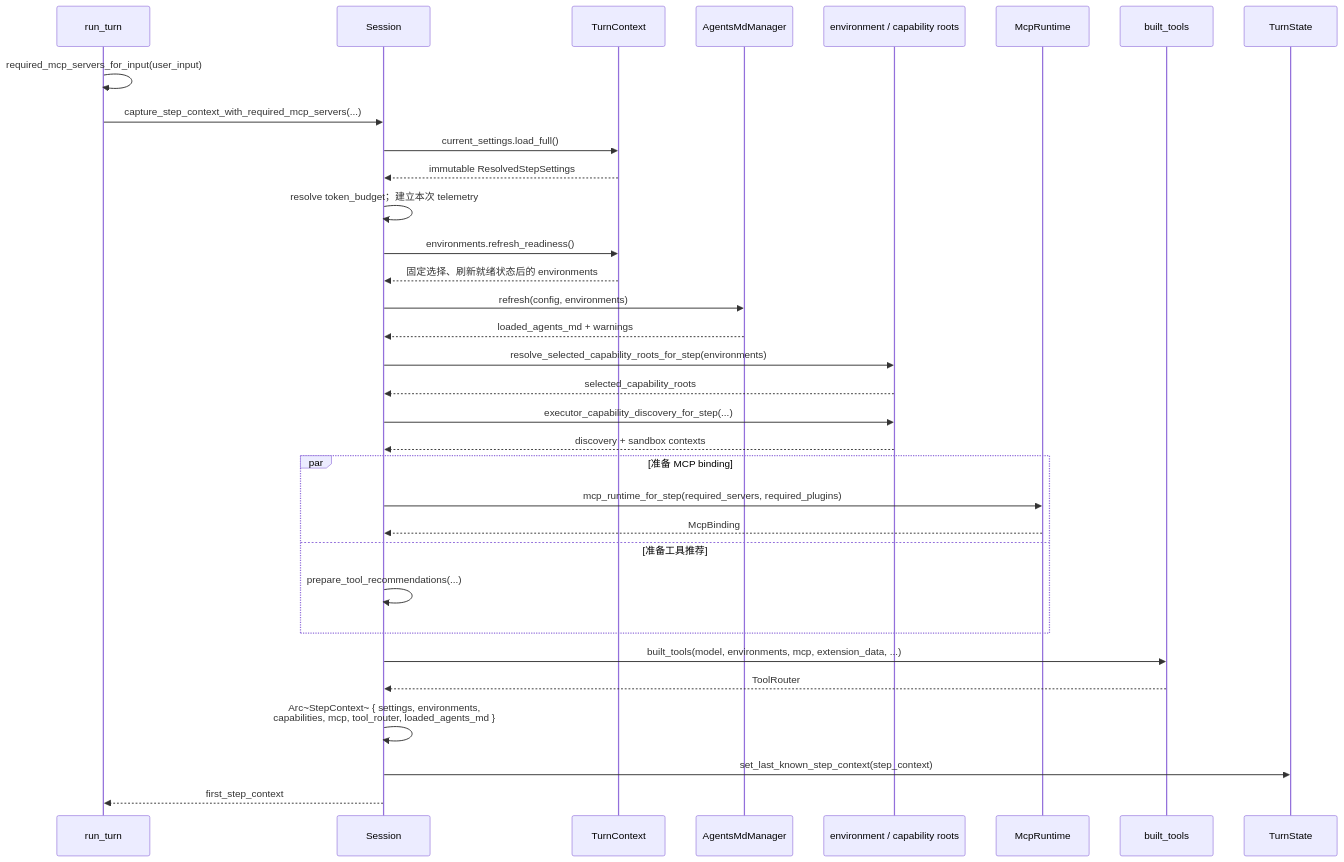
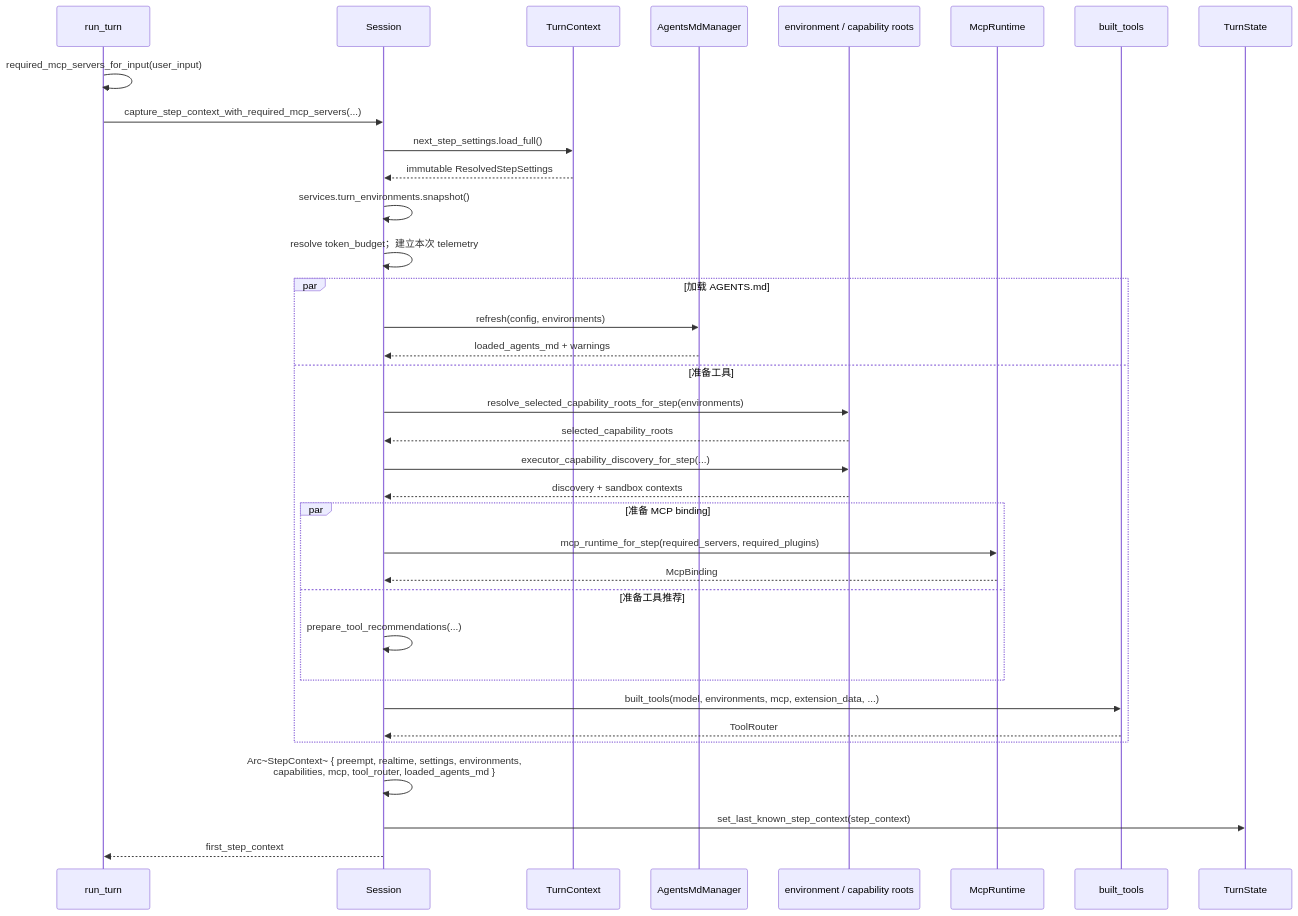
One commit to nickqiaoo/nickqiaoo.github.io changed diagram 12 of 32 in src/content/post/agents-codex/index.md. Above: the diagram before and after it, drawn with Mermaid. The commit also changed other lines of this file and 2 other files, not shown here.

First line of the commit message:
docs(agents): checkpoint codex/opencode revisions and update handoff notes

````diff
--- a/src/content/post/agents-codex/index.md
+++ b/src/content/post/agents-codex/index.md
@@ -752,36 +752,38 @@
 ```mermaid
 sequenceDiagram
   participant RT as run_turn
   participant S as Session
   participant TC as TurnContext
   participant AM as AgentsMdManager
   participant ER as environment / capability roots
   participant MCP as McpRuntime
   participant BT as built_tools
   participant TS as TurnState
 
   RT->>RT: required_mcp_servers_for_input(user_input)
   RT->>S: capture_step_context_with_required_mcp_servers(...)
-  S->>TC: current_settings.load_full()
+  S->>TC: next_step_settings.load_full()
   TC-->>S: immutable ResolvedStepSettings
+  S->>S: services.turn_environments.snapshot()
   S->>S: resolve token_budget；建立本次 telemetry
-  S->>TC: environments.refresh_readiness()
-  TC-->>S: 固定选择、刷新就绪状态后的 environments
-  S->>AM: refresh(config, environments)
-  AM-->>S: loaded_agents_md + warnings
-  S->>ER: resolve_selected_capability_roots_for_step(environments)
-  ER-->>S: selected_capability_roots
-  S->>ER: executor_capability_discovery_for_step(...)
-  ER-->>S: discovery + sandbox contexts
-  par 准备 MCP binding
-    S->>MCP: mcp_runtime_for_step(required_servers, required_plugins)
-    MCP-->>S: McpBinding
-  and 准备工具推荐
-    S->>S: prepare_tool_recommendations(...)
+  par 加载 AGENTS.md
+    S->>AM: refresh(config, environments)
+    AM-->>S: loaded_agents_md + warnings
+  and 准备工具
+    S->>ER: resolve_selected_capability_roots_for_step(environments)
+    ER-->>S: selected_capability_roots
+    S->>ER: executor_capability_discovery_for_step(...)
+    ER-->>S: discovery + sandbox contexts
+    par 准备 MCP binding
+      S->>MCP: mcp_runtime_for_step(required_servers, required_plugins)
+      MCP-->>S: McpBinding
+    and 准备工具推荐
+      S->>S: prepare_tool_recommendations(...)
+    end
+    S->>BT: built_tools(model, environments, mcp, extension_data, ...)
+    BT-->>S: ToolRouter
   end
-  S->>BT: built_tools(model, environments, mcp, extension_data, ...)
-  BT-->>S: ToolRouter
-  S->>S: Arc~StepContext~ { settings, environments,<br/>capabilities, mcp, tool_router, loaded_agents_md }
+  S->>S: Arc~StepContext~ { preempt, realtime, settings, environments,<br/>capabilities, mcp, tool_router, loaded_agents_md }
   S->>TS: set_last_known_step_context(step_context)
   S-->>RT: first_step_context
 ```
````
